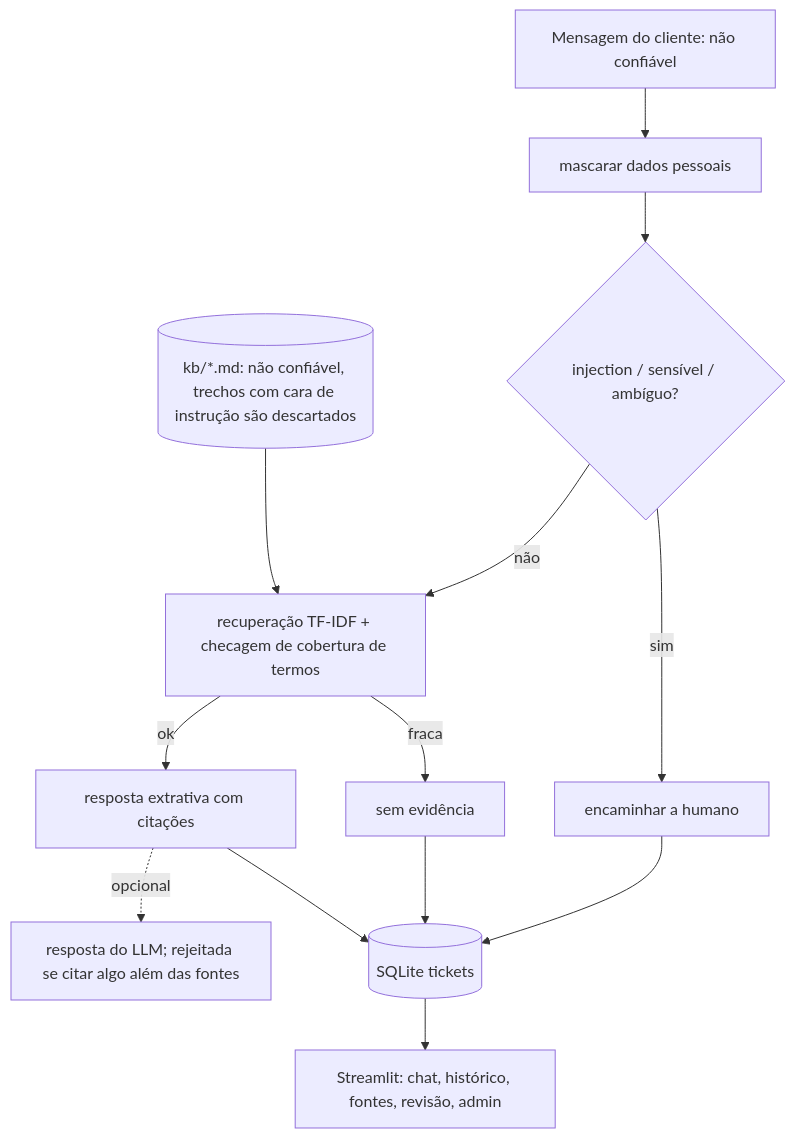
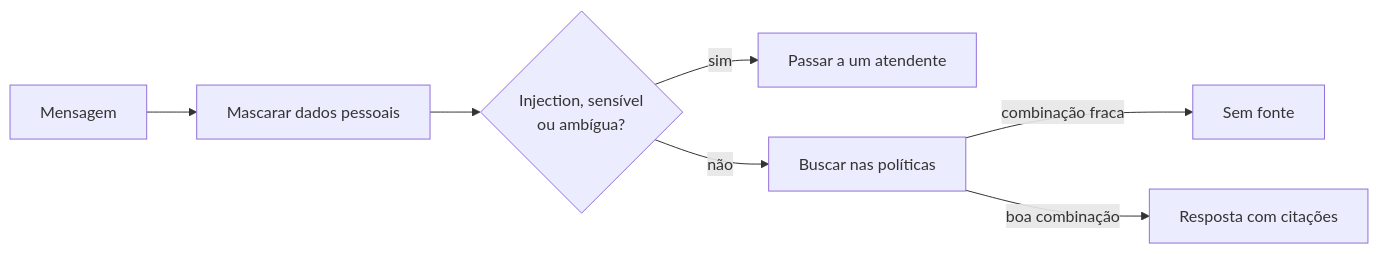
Before and after one commit to abiliocoe-source/resolveai: the diagram in README.pt-BR.md, drawn with Mermaid. The commit also changed other lines of this file and 3 other files, not shown here.

````diff
--- a/README.pt-BR.md
+++ b/README.pt-BR.md
@@ -23,15 +33,9 @@
 ```mermaid
-flowchart TD
-  M[Mensagem do cliente: não confiável] --> R[mascarar dados pessoais]
-  R --> G{injection / sensível / ambíguo?}
-  G -- sim --> E[encaminhar a humano]
-  G -- não --> Q[recuperação TF-IDF + checagem de cobertura de termos]
-  KB[(kb/*.md: não confiável, trechos com cara de instrução são descartados)] --> Q
-  Q -- fraca --> N[sem evidência]
-  Q -- ok --> A[resposta extrativa com citações]
-  A -. opcional .-> L[resposta do LLM; rejeitada se citar algo além das fontes]
-  E --> S[(SQLite tickets)]
-  N --> S
-  A --> S
-  S --> UI[Streamlit: chat, histórico, fontes, revisão, admin]
+flowchart LR
+  M[Mensagem] --> R[Mascarar dados pessoais]
+  R --> G{Injection, sensível<br/>ou ambígua?}
+  G -- sim --> E[Passar a um atendente]
+  G -- não --> Q[Buscar nas políticas]
+  Q -- combinação fraca --> N[Sem fonte]
+  Q -- boa combinação --> A[Resposta com citações]
 ```
````
